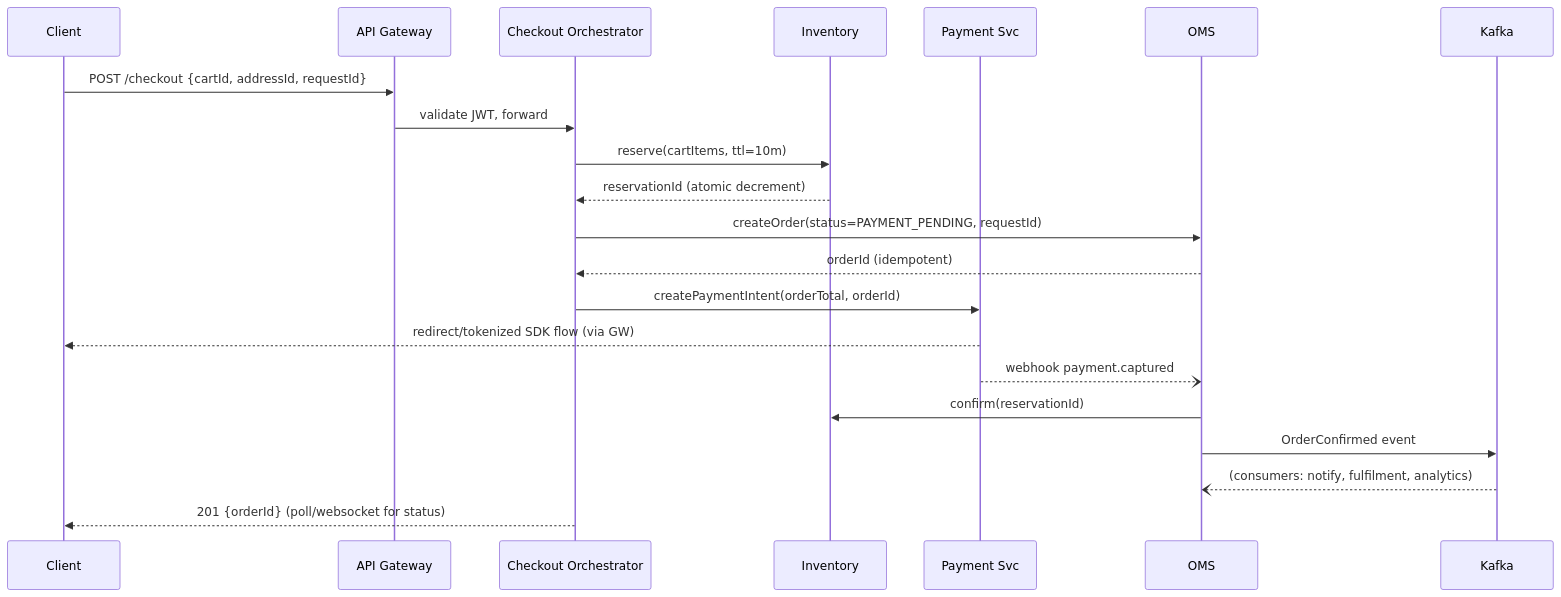
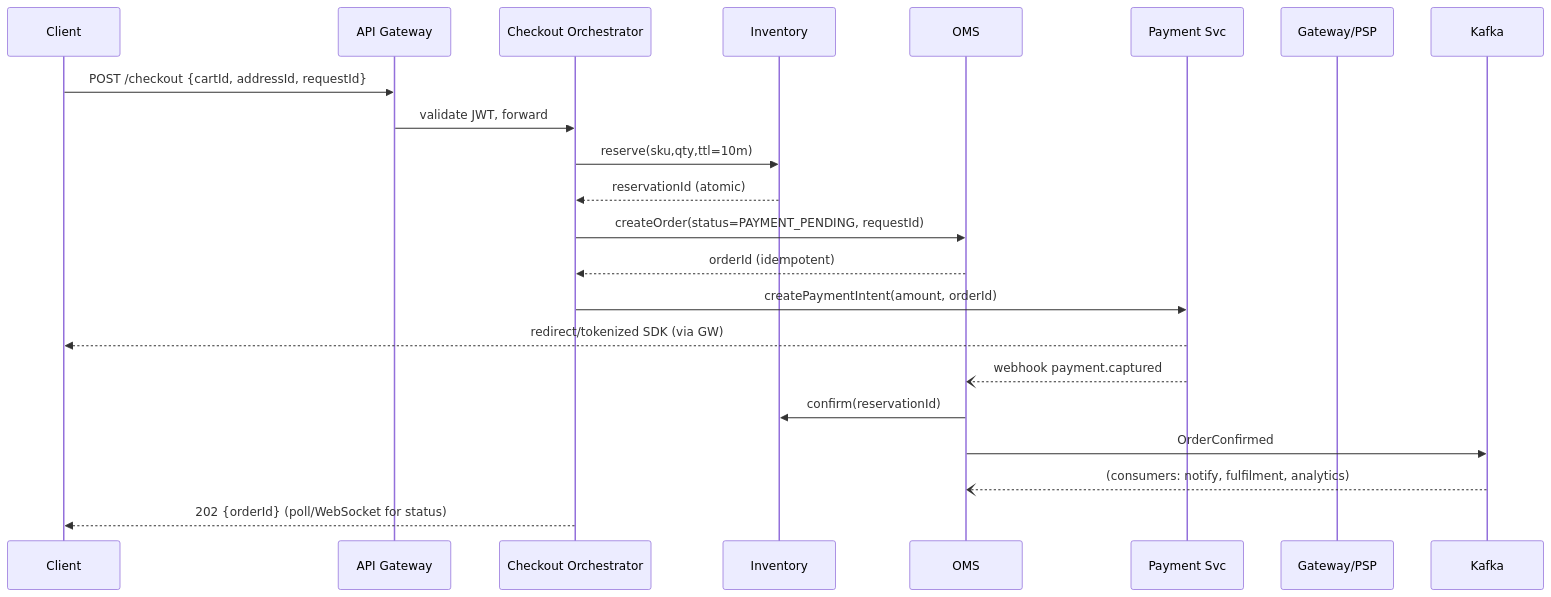
The sixth of 18 diagrams in docs/system-design/high-level/designing/advanced/amazon-flipkart.md (abhishekghoshh/system-design-helper), drawn with Mermaid before and after one commit. The commit also changed other lines of this file and 107 other files, not shown here.

````diff
--- a/docs/system-design/high-level/designing/advanced/amazon-flipkart.md
+++ b/docs/system-design/high-level/designing/advanced/amazon-flipkart.md
@@ -364,24 +751,25 @@
 ```mermaid
 sequenceDiagram
     participant C as Client
     participant GW as API Gateway
     participant CO as Checkout Orchestrator
     participant INV as Inventory
+    participant OMS as OMS
     participant PAY as Payment Svc
-    participant OMS as OMS
+    participant PSP as Gateway/PSP
     participant K as Kafka
 
     C->>GW: POST /checkout {cartId, addressId, requestId}
     GW->>CO: validate JWT, forward
-    CO->>INV: reserve(cartItems, ttl=10m)
-    INV-->>CO: reservationId (atomic decrement)
+    CO->>INV: reserve(sku,qty,ttl=10m)
+    INV-->>CO: reservationId (atomic)
     CO->>OMS: createOrder(status=PAYMENT_PENDING, requestId)
     OMS-->>CO: orderId (idempotent)
-    CO->>PAY: createPaymentIntent(orderTotal, orderId)
-    PAY-->>C: redirect/tokenized SDK flow (via GW)
+    CO->>PAY: createPaymentIntent(amount, orderId)
+    PAY-->>C: redirect/tokenized SDK (via GW)
     PAY--)OMS: webhook payment.captured
     OMS->>INV: confirm(reservationId)
-    OMS->>K: OrderConfirmed event
+    OMS->>K: OrderConfirmed
     K--)OMS: (consumers: notify, fulfilment, analytics)
-    CO-->>C: 201 {orderId} (poll/websocket for status)
+    CO-->>C: 202 {orderId} (poll/WebSocket for status)
 ```
````
